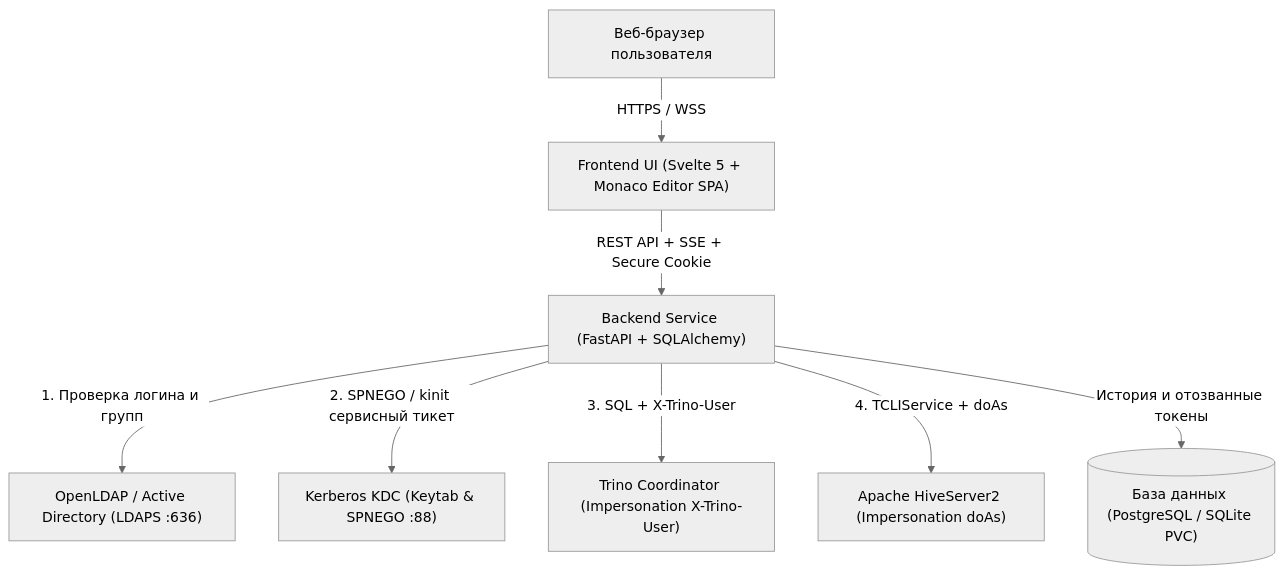
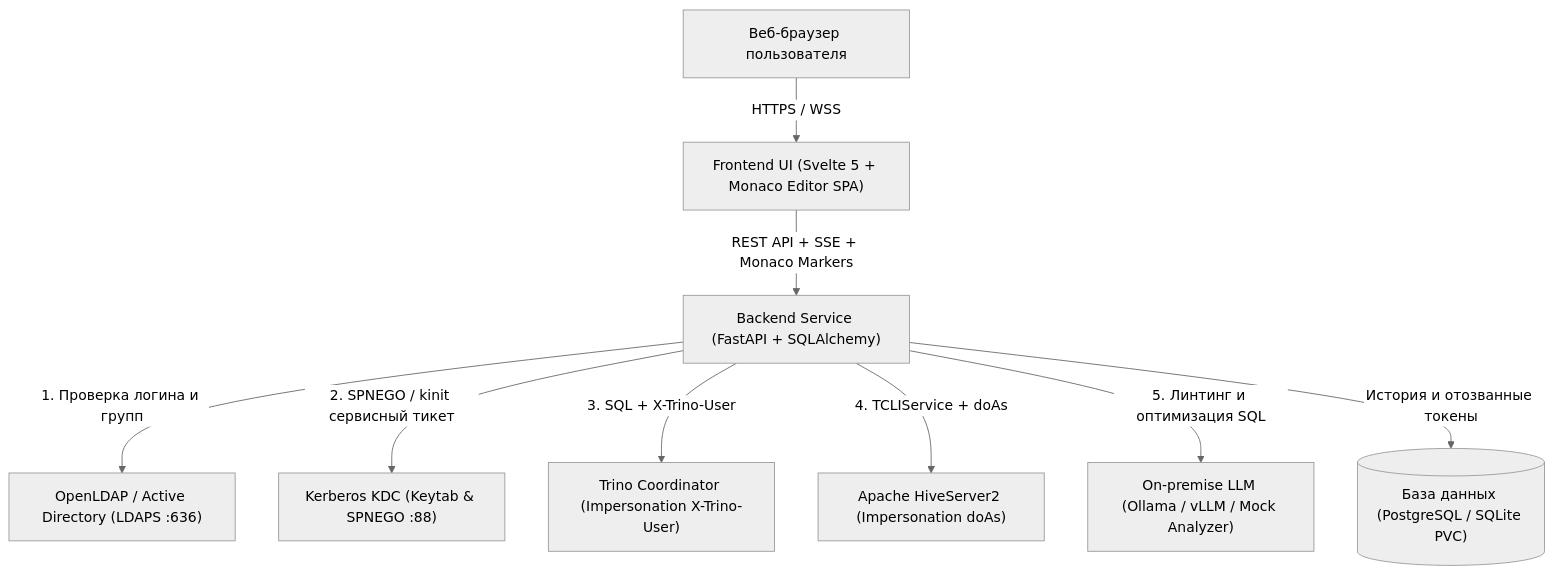
Before and after one commit to balookrd/sql-explorer: the diagram in README.md, drawn with Mermaid (neutral theme). The commit also changed other lines of this file and 24 other files, not shown here.

````diff
--- a/README.md
+++ b/README.md
@@ -70,19 +78,21 @@
 ```mermaid
 flowchart TD
     Browser["Веб-браузер пользователя"]
     Frontend["Frontend UI (Svelte 5 + Monaco Editor SPA)"]
     Backend["Backend Service (FastAPI + SQLAlchemy)"]
     LDAP["OpenLDAP / Active Directory (LDAPS :636)"]
     KDC["Kerberos KDC (Keytab & SPNEGO :88)"]
     Trino["Trino Coordinator (Impersonation X-Trino-User)"]
     Hive["Apache HiveServer2 (Impersonation doAs)"]
+    LLM["On-premise LLM (Ollama / vLLM / Mock Analyzer)"]
     DB[("База данных (PostgreSQL / SQLite PVC)")]
 
     Browser -->|HTTPS / WSS| Frontend
-    Frontend -->|REST API + SSE + Secure Cookie| Backend
+    Frontend -->|REST API + SSE + Monaco Markers| Backend
     Backend -->|1. Проверка логина и групп| LDAP
     Backend -->|2. SPNEGO / kinit сервисный тикет| KDC
     Backend -->|3. SQL + X-Trino-User| Trino
     Backend -->|4. TCLIService + doAs| Hive
+    Backend -->|5. Линтинг и оптимизация SQL| LLM
     Backend -->|История и отозванные токены| DB
 ```
````
